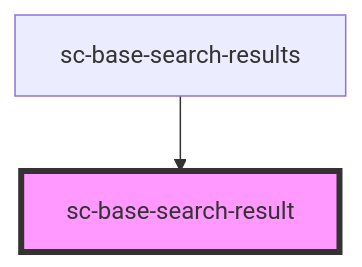
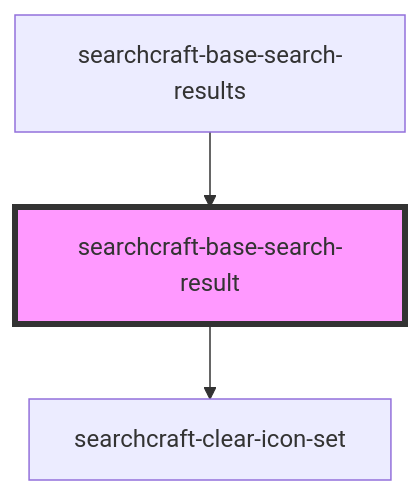
Before and after one commit to searchcraft-inc/searchcraft-javascript-sdks: the diagram in packages/javascript-sdk/src/components/searchcraft-base-search-result/readme.md, drawn with Mermaid. The commit also changed other lines of this file and 56 other files, not shown here.

````diff
--- a/packages/javascript-sdk/src/components/searchcraft-base-search-result/readme.md
+++ b/packages/javascript-sdk/src/components/searchcraft-base-search-result/readme.md
@@ -32,5 +36,6 @@
 ```mermaid
 graph TD;
-  sc-base-search-results --> sc-base-search-result
-  style sc-base-search-result fill:#f9f,stroke:#333,stroke-width:4px
+  searchcraft-base-search-result --> searchcraft-clear-icon-set
+  searchcraft-base-search-results --> searchcraft-base-search-result
+  style searchcraft-base-search-result fill:#f9f,stroke:#333,stroke-width:4px
 ```
````
